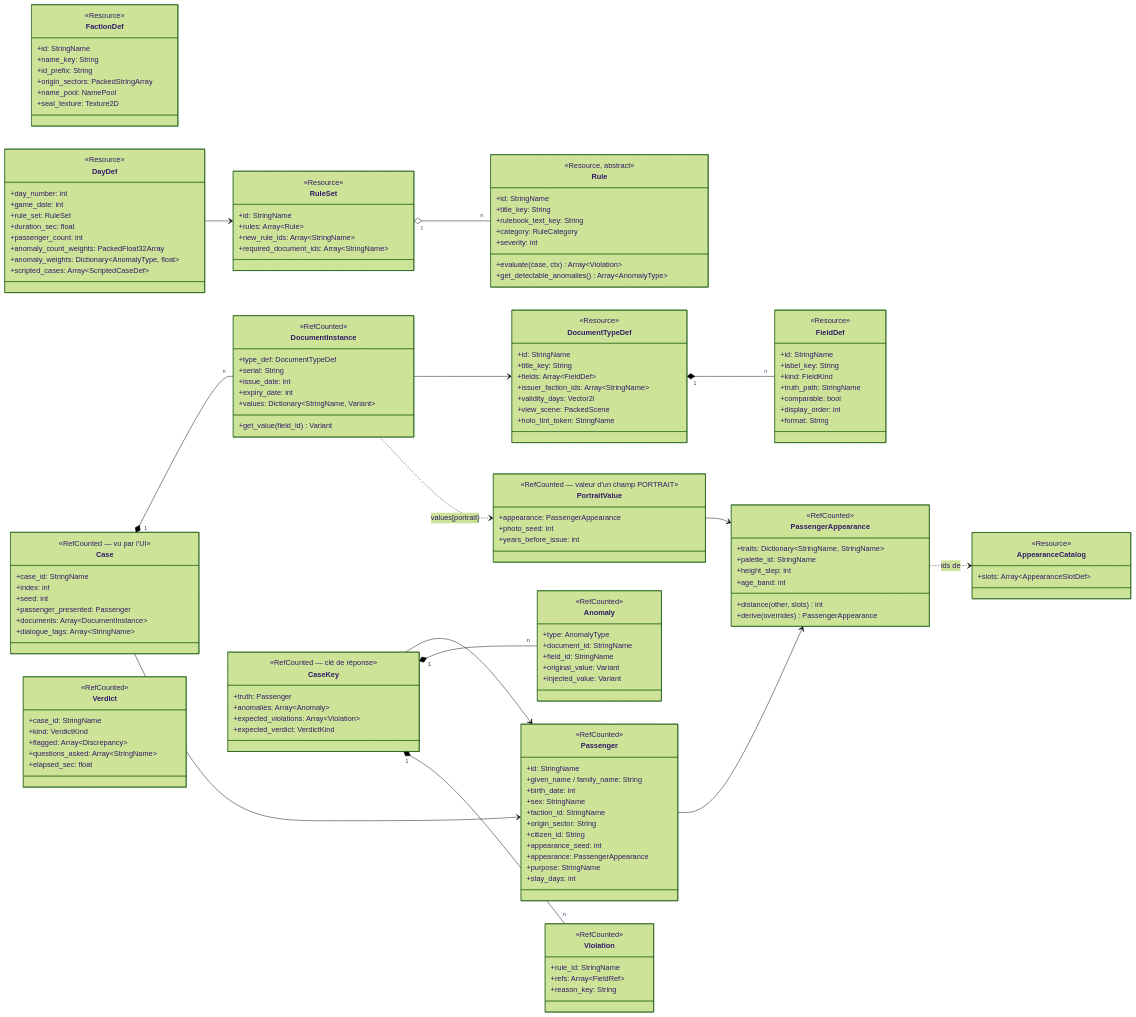
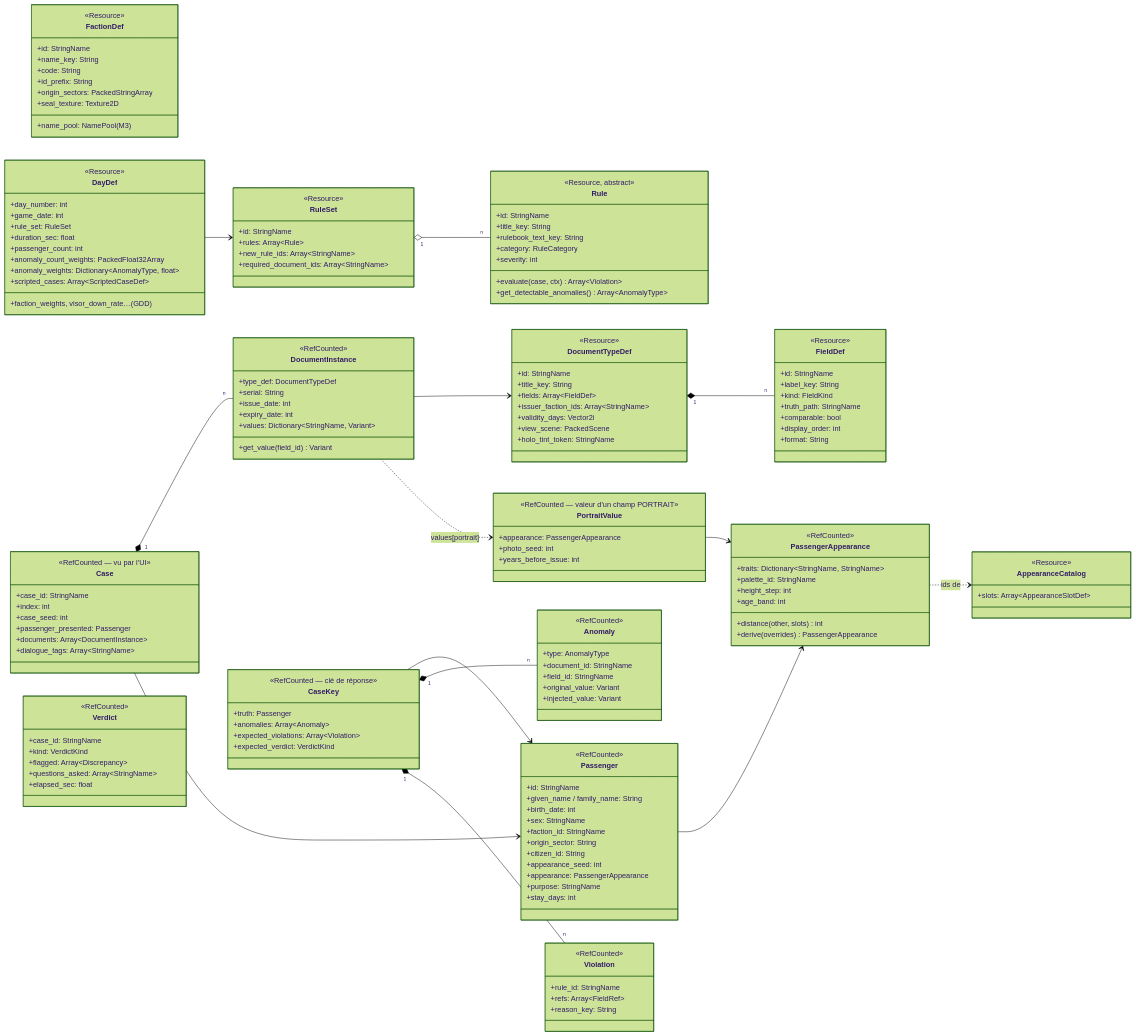
Before and after one commit to fs0ciety7000/clearance: the second of 4 diagrams in docs/ARCHITECTURE.md, drawn with Mermaid (forest theme). The commit also changed other lines of this file and 130 other files, not shown here.

```diff
--- a/docs/ARCHITECTURE.md
+++ b/docs/ARCHITECTURE.md
@@ -197,9 +197,10 @@
       <<Resource>>
       +id: StringName
       +name_key: String
+      +code: String
       +id_prefix: String
       +origin_sectors: PackedStringArray
-      +name_pool: NamePool
+      +name_pool: NamePool (M3)
       +seal_texture: Texture2D
     }
     class Rule {
@@ -229,6 +230,7 @@
       +anomaly_count_weights: PackedFloat32Array
       +anomaly_weights: Dictionary~AnomalyType, float~
       +scripted_cases: Array~ScriptedCaseDef~
+      +faction_weights, visor_down_rate… (GDD)
     }
     class Passenger {
       <<RefCounted>>
@@ -276,7 +278,7 @@
       <<RefCounted — vu par l'UI>>
       +case_id: StringName
       +index: int
-      +seed: int
+      +case_seed: int
       +passenger_presented: Passenger
       +documents: Array~DocumentInstance~
       +dialogue_tags: Array~StringName~
```
